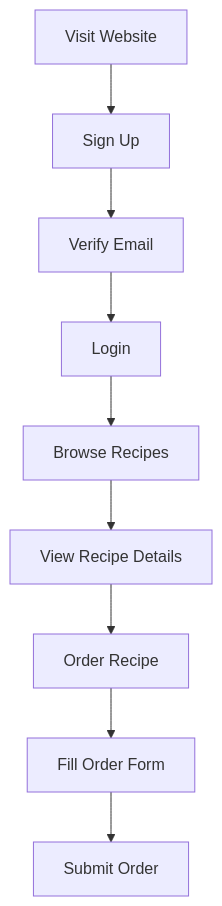
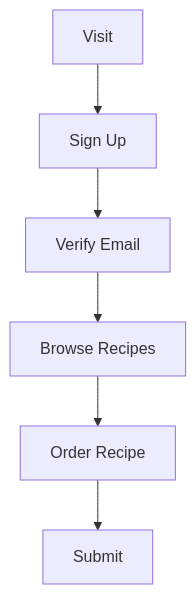
The first of 3 diagrams in README.md (VaishnaviVadla33/Vegetable_Fruit_vendors_Locator), drawn with Mermaid before and after one commit. The commit also changed other lines of this file, not shown here.

````diff
--- a/README.md
+++ b/README.md
@@ -353,11 +357,8 @@
 ```mermaid
 graph TD
-    A[Visit Website] --> B[Sign Up]
+    A[Visit] --> B[Sign Up]
     B --> C[Verify Email]
-    C --> D[Login]
-    D --> E[Browse Recipes]
-    E --> F[View Recipe Details]
-    F --> G[Order Recipe]
-    G --> H[Fill Order Form]
-    H --> I[Submit Order]
+    C --> D[Browse Recipes]
+    D --> E[Order Recipe]
+    E --> F[Submit]
 ```
````
